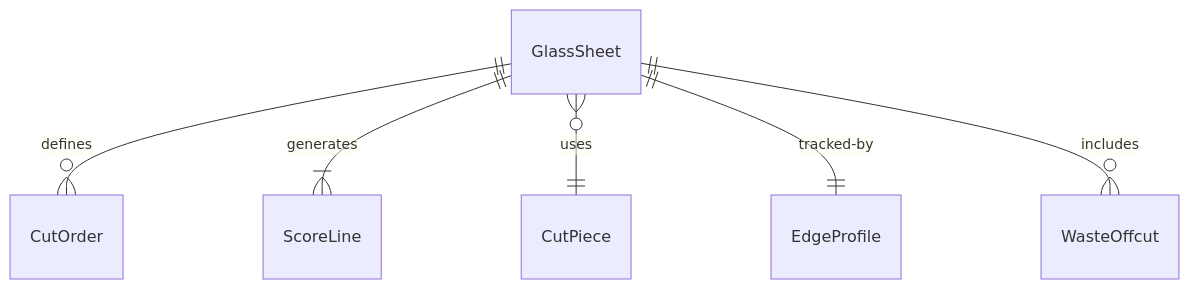
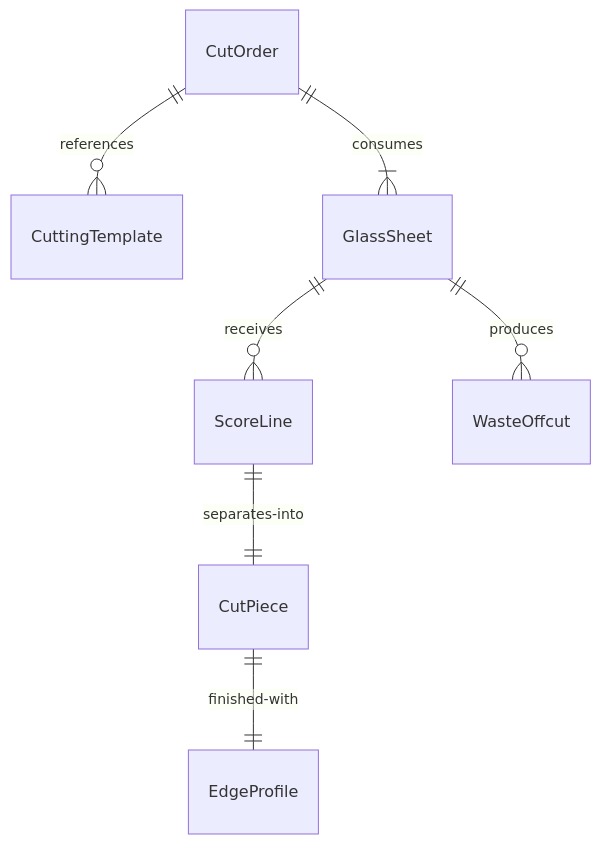
Before and after one commit to dot-org-ai/tasks.org.ai: the first of 4 diagrams in HandlingAndMovingObjects/CutMaterials/CutGlass.mdx, drawn with Mermaid. The commit also changed other lines of this file and 515 other files, not shown here.

````diff
--- a/HandlingAndMovingObjects/CutMaterials/CutGlass.mdx
+++ b/HandlingAndMovingObjects/CutMaterials/CutGlass.mdx
@@ -90,8 +90,9 @@
 ```mermaid
 erDiagram
-    GlassSheet ||--o{ CutOrder : "defines"
-    GlassSheet ||--|{ ScoreLine : "generates"
-    GlassSheet }o--|| CutPiece : "uses"
-    GlassSheet ||--|| EdgeProfile : "tracked-by"
-    GlassSheet ||--o{ WasteOffcut : "includes"
+    CutOrder ||--o{ CuttingTemplate : "references"
+    CutOrder ||--|{ GlassSheet : "consumes"
+    GlassSheet ||--o{ ScoreLine : "receives"
+    ScoreLine ||--|| CutPiece : "separates-into"
+    CutPiece ||--|| EdgeProfile : "finished-with"
+    GlassSheet ||--o{ WasteOffcut : "produces"
 ```
````
